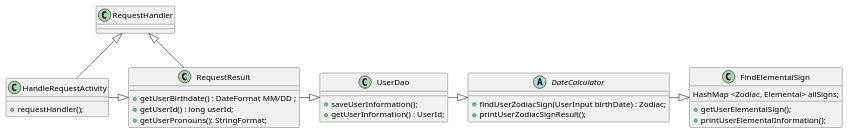
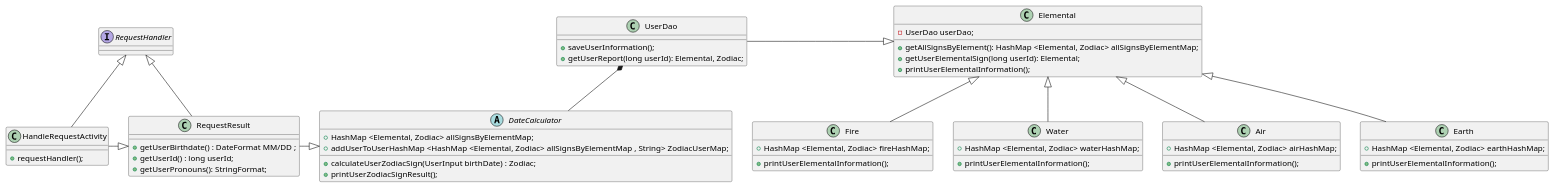
Before and after one commit to gbauza3destinee/zodiakApp: the diagram in ZodiakClass.puml, drawn with PlantUML. The commit also changed 1 other file, not shown here.

```diff
--- a/ZodiakClass.puml
+++ b/ZodiakClass.puml
@@ -1,45 +1,75 @@
 @startuml
 'https://plantuml.com/class-diagram
 
 abstract class DateCalculator
 
+
+interface RequestHandler
 class HandleRequestActivity extends RequestHandler{
 + requestHandler();
 
 }
 
 class RequestResult extends RequestHandler {
 + getUserBirthdate() : DateFormat MM/DD ;
 + getUserId() : long userId;
 + getUserPronouns(): StringFormat;
 }
 
 
-RequestResult -|> UserDao
 HandleRequestActivity -|> RequestResult
 
 class UserDao{
 + saveUserInformation();
-+ getUserInformation() : UserId;
-}
-
-UserDao -|> DateCalculator
-DateCalculator -|> FindElementalSign
-
-
-abstract class DateCalculator {
-+ findUserZodiacSign(UserInput birthDate) : Zodiac;
-+ printUserZodiacSignResult();
++ getUserReport(long userId): Elemental, Zodiac;
 }
 
 
-class FindElementalSign {
-HashMap <Zodiac, Elemental> allSigns;
-+ getUserElementalSign();
+RequestResult -|> DateCalculator
+
+UserDao *-- DateCalculator
+
+UserDao -|> Elemental
+
+abstract class DateCalculator {
++ HashMap <Elemental, Zodiac> allSignsByElementMap;
++ calculateUserZodiacSign(UserInput birthDate) : Zodiac;
++ printUserZodiacSignResult();
++ addUserToUserHashMap <HashMap <Elemental, Zodiac> allSignsByElementMap , String> ZodiacUserMap;
+}
+
+
+class Elemental {
+- UserDao userDao;
++ getAllSignsByElement(): HashMap <Elemental, Zodiac> allSignsByElementMap;
++ getUserElementalSign(long userId): Elemental;
++ printUserElementalInformation();
+
+}
+
+class Fire extends Elemental{
++ HashMap <Elemental, Zodiac> fireHashMap;
++ printUserElementalInformation();
+}
+
+class Water extends Elemental {
++ HashMap <Elemental, Zodiac> waterHashMap;
 + printUserElementalInformation();
 
 }
 
 
+class Air extends Elemental{
++ HashMap <Elemental, Zodiac> airHashMap;
++ printUserElementalInformation();
+}
+
+
+class Earth extends Elemental{
++ HashMap <Elemental, Zodiac> earthHashMap;
++ printUserElementalInformation();
+}
+
+
 
 @enduml
```
